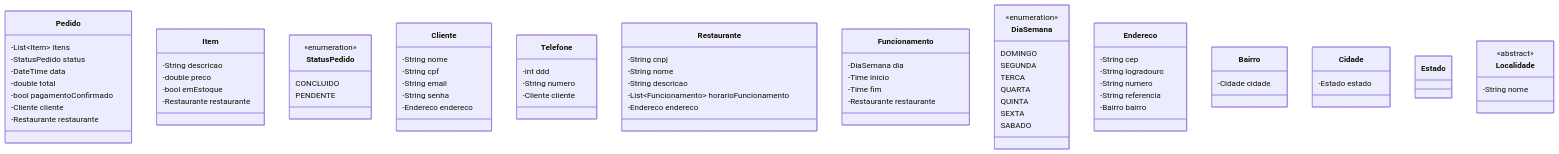
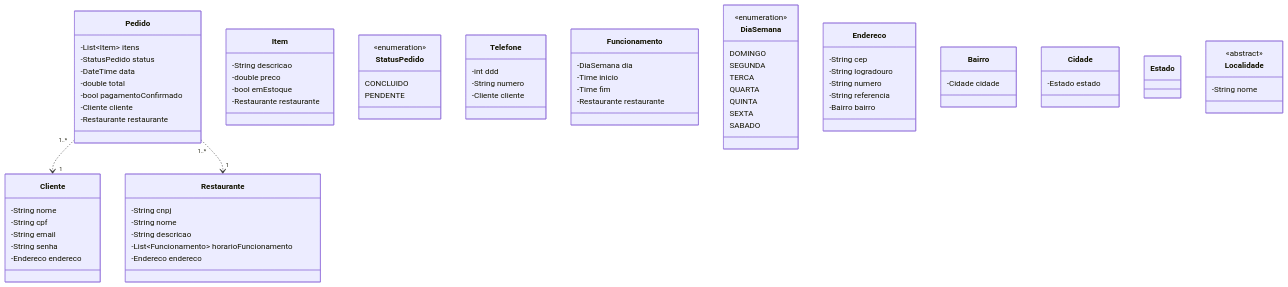
Before and after one commit to gxrj/dio-santander2023: the diagram in desafio-final-backend-dio-santander2023/README.md, drawn with Mermaid. The commit also changed other lines of this file, not shown here.

Commit message:
docs: atualiza a documentação

````diff
--- a/desafio-final-backend-dio-santander2023/README.md
+++ b/desafio-final-backend-dio-santander2023/README.md
@@ -14,77 +14,80 @@
 ```mermaid
 classDiagram
     class Pedido{
         -List~Item~ itens
         -StatusPedido status
         -DateTime data
         -double total
         -bool pagamentoConfirmado
         -Cliente cliente
         -Restaurante restaurante
     }
     class Item{
         -String descricao
         -double preco
         -bool emEstoque
         -Restaurante restaurante
     }
     class StatusPedido{
         <<enumeration>>
         CONCLUIDO
         PENDENTE
     }
     class Cliente{
         -String nome
         -String cpf
         -String email
         -String senha
         -Endereco endereco
     }
     class Telefone{
         -int ddd
         -String numero
         -Cliente cliente
     }
     class Restaurante{
         -String cnpj
         -String nome
         -String descricao
         -List~Funcionamento~ horarioFuncionamento
         -Endereco endereco
     }
     class Funcionamento{
         -DiaSemana dia
         -Time inicio
         -Time fim
         -Restaurante restaurante
     }
     class DiaSemana{
         <<enumeration>>
         DOMINGO
         SEGUNDA
         TERCA
         QUARTA
         QUINTA
         SEXTA
         SABADO
     }
     class Endereco{
         -String cep
         -String logradouro
         -String numero
         -String referencia
         -Bairro bairro
     }
     class Bairro{
         -Cidade cidade
     }
     class Cidade{
         -Estado estado
     }
     class Estado{
     }
     class Localidade{
         <<abstract>>
         -String nome
     }
+
+    Pedido "1..*" ..> "1" Cliente
+    Pedido "1..*" ..> "1" Restaurante
 ```
````
